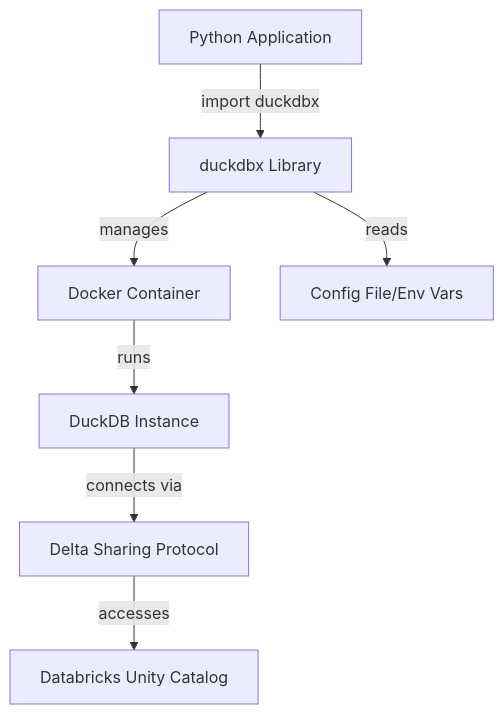
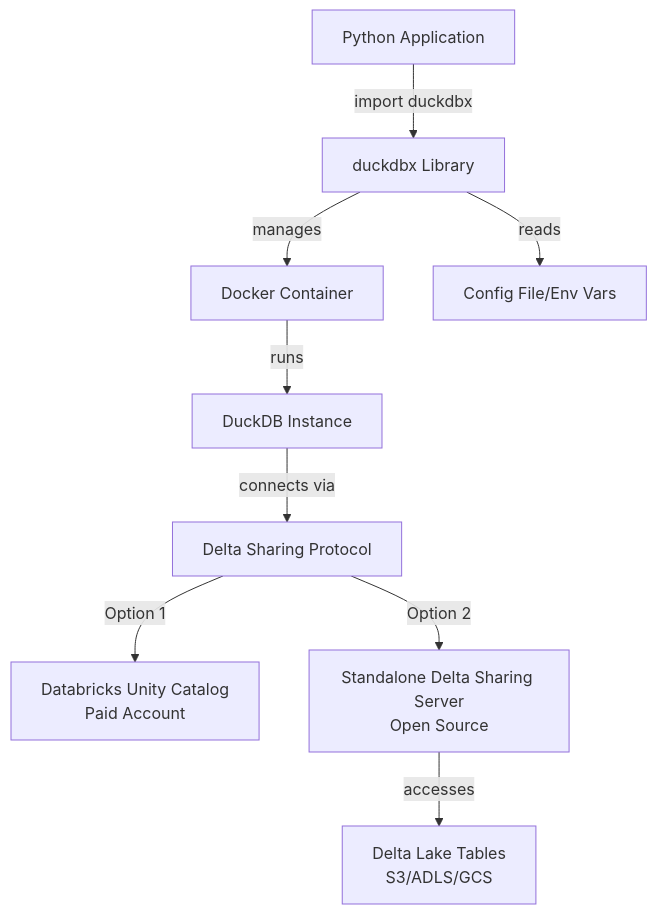
One commit to groKSamarth/duckdbX changed the diagram in duckdbx_python_library_with_docker_a50d2e04.plan.md. Above: the diagram before and after it, drawn with Mermaid. The commit also changed other lines of this file, not shown here.

````diff
--- a/duckdbx_python_library_with_docker_a50d2e04.plan.md
+++ b/duckdbx_python_library_with_docker_a50d2e04.plan.md
@@ -49,9 +53,11 @@
 ```mermaid
 graph TB
     User[Python Application] -->|import duckdbx| Library[duckdbx Library]
     Library -->|manages| Docker[Docker Container]
     Docker -->|runs| DuckDB[DuckDB Instance]
     DuckDB -->|connects via| DeltaSharing[Delta Sharing Protocol]
-    DeltaSharing -->|accesses| Databricks[Databricks Unity Catalog]
+    DeltaSharing -->|Option 1| Databricks[Databricks Unity Catalog<br/>Paid Account]
+    DeltaSharing -->|Option 2| StandaloneServer[Standalone Delta Sharing Server<br/>Open Source]
+    StandaloneServer -->|accesses| DeltaLake[Delta Lake Tables<br/>S3/ADLS/GCS]
     Library -->|reads| Config[Config File/Env Vars]
 ```
````
